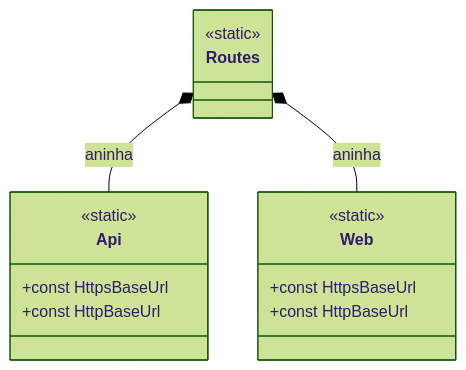
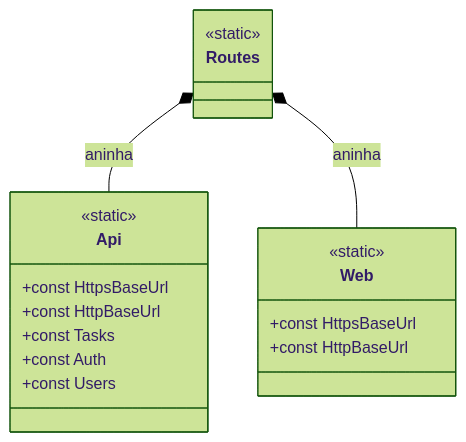
Before and after one commit to mfigueireddo/todo-list: the sixth of 11 diagrams in docs/DIAGRAMS.md, drawn with Mermaid (forest theme). The commit also changed other lines of this file and 59 other files, not shown here.

````diff
--- a/docs/DIAGRAMS.md
+++ b/docs/DIAGRAMS.md
@@ -240,19 +337,22 @@
 ```mermaid
 classDiagram
     class Routes {
         <<static>>
     }
     class Api {
         <<static>>
         +const HttpsBaseUrl
         +const HttpBaseUrl
+        +const Tasks
+        +const Auth
+        +const Users
     }
     class Web {
         <<static>>
         +const HttpsBaseUrl
         +const HttpBaseUrl
     }
 
     Routes *-- Api : aninha
     Routes *-- Web : aninha
 ```
````
